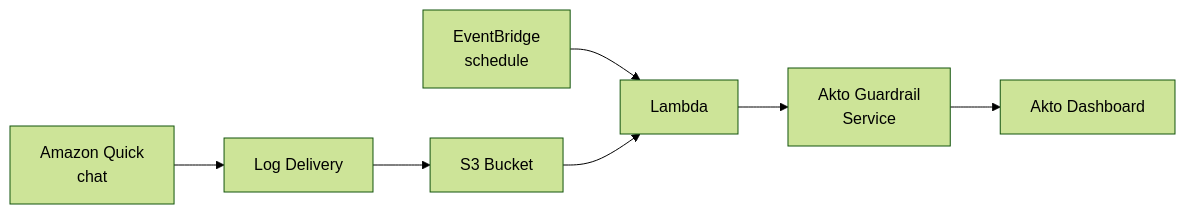
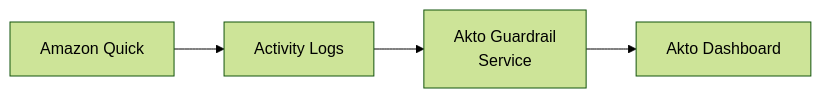
The diagram in akto-argus-agentic-ai-security-for-homegrown-ai/connectors/ai-agent-security/connect-akto-with-amazon-quick.md (akto-api-security/Documentation), drawn with Mermaid (forest theme) before and after one commit. The commit also changed other lines of this file, not shown here.

Commit message:
changes int he amazon quick implementation diagram

````diff
--- a/akto-argus-agentic-ai-security-for-homegrown-ai/connectors/ai-agent-security/connect-akto-with-amazon-quick.md
+++ b/akto-argus-agentic-ai-security-for-homegrown-ai/connectors/ai-agent-security/connect-akto-with-amazon-quick.md
@@ -21,9 +21,6 @@
 ```mermaid
 flowchart LR
-    A[Amazon Quick\nchat] --> B[Log Delivery]
-    B --> C[S3 Bucket]
-    D[EventBridge\nschedule] --> E[Lambda]
-    C --> E
-    E --> F[Akto Guardrail\nService]
-    F --> G[Akto Dashboard]
+    A[Amazon Quick] --> B[Activity Logs]
+    B --> C[Akto Guardrail\nService]
+    C --> D[Akto Dashboard]
 ```
````
